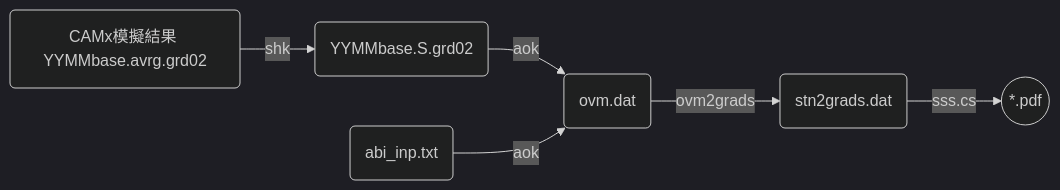
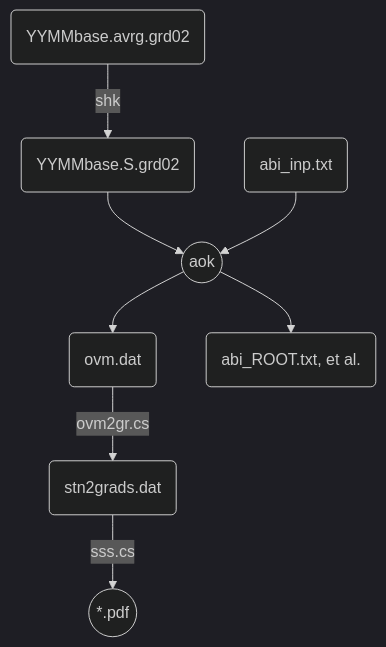
One commit to sinotec2/FAQ changed the first of 2 diagrams in _posts/2022-07-20-aok.md. Above: the diagram before and after it, drawn with Mermaid (dark theme). The commit also changed other lines of this file, not shown here.

````diff
--- a/_posts/2022-07-20-aok.md
+++ b/_posts/2022-07-20-aok.md
@@ -21,8 +21,10 @@
 ```mermaid
-graph LR
-    A(CAMx模擬結果 YYMMbase.avrg.grd02) -- shk --> B(YYMMbase.S.grd02)
-    B(YYMMbase.S.grd02) -- aok --> C(ovm.dat)
-    D(abi_inp.txt) -- aok --> C(ovm.dat)
-    C(ovm.dat) -- ovm2grads --> E(stn2grads.dat)
-    E(stn2grads.dat) -- sss.cs --> F((*.pdf))
+graph TD
+    A(YYMMbase.avrg.grd02) -- shk --> B(YYMMbase.S.grd02)
+    B --> H((aok))
+    D(abi_inp.txt) --> H
+    H --> C(ovm.dat)
+    H --> G(abi_ROOT.txt, et al.)
+    C -- ovm2gr.cs --> E(stn2grads.dat)
+    E -- sss.cs --> F((*.pdf))
 ```
````
